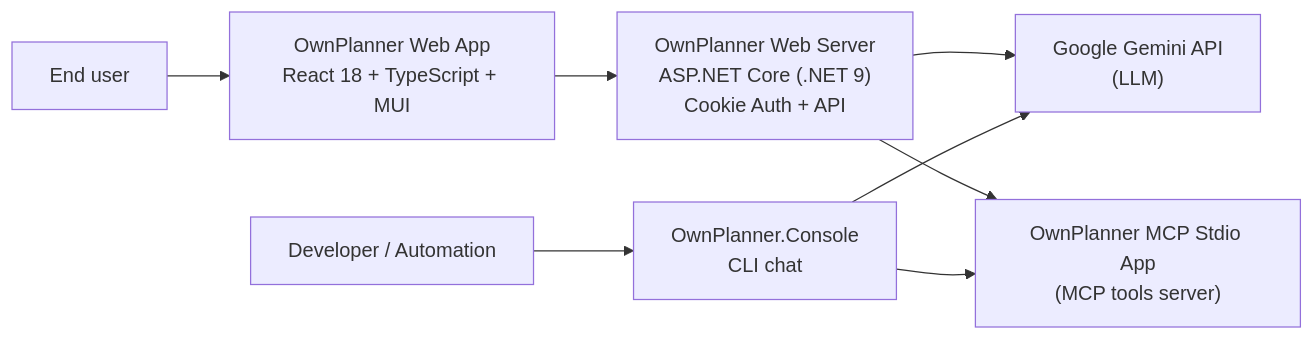
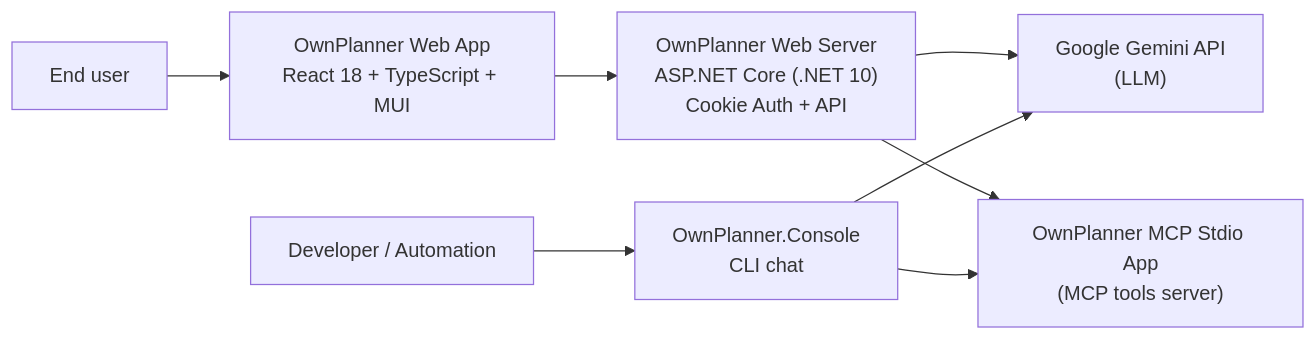
The first of 4 diagrams in README.md (am-space/own-planner), drawn with Mermaid before and after one commit. The commit also changed other lines of this file and 48 other files, not shown here.

````diff
--- a/README.md
+++ b/README.md
@@ -15,12 +15,12 @@
 ```mermaid
 graph LR
   user["End user"] --> ui["OwnPlanner Web App<br/>React 18 + TypeScript + MUI"]
-  ui --> web["OwnPlanner Web Server<br/>ASP.NET Core (.NET 9)<br/>Cookie Auth + API"]
+  ui --> web["OwnPlanner Web Server<br/>ASP.NET Core (.NET 10)<br/>Cookie Auth + API"]
 
   web --> llm["Google Gemini API<br/>(LLM)"]
   web --> mcp["OwnPlanner MCP Stdio App<br/>(MCP tools server)"]
 
   dev["Developer / Automation"] --> console["OwnPlanner.Console<br/>CLI chat"]
   console --> llm
   console --> mcp
 ```
````
